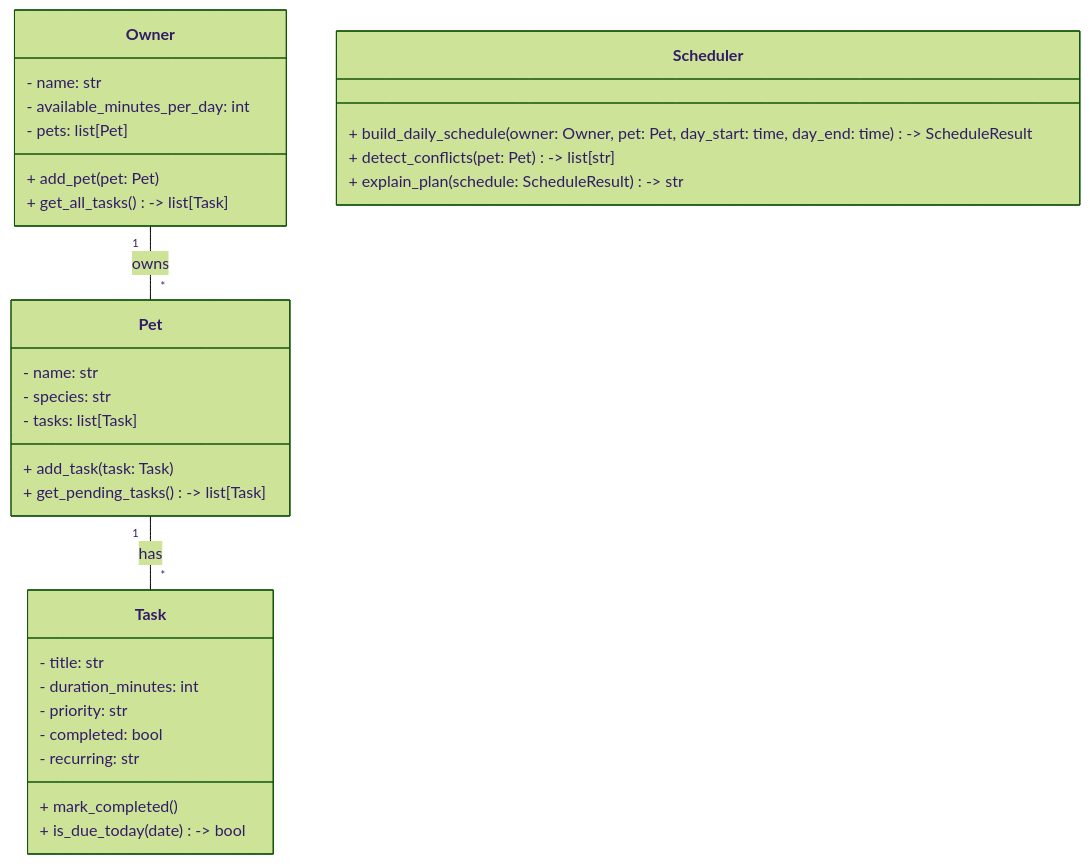
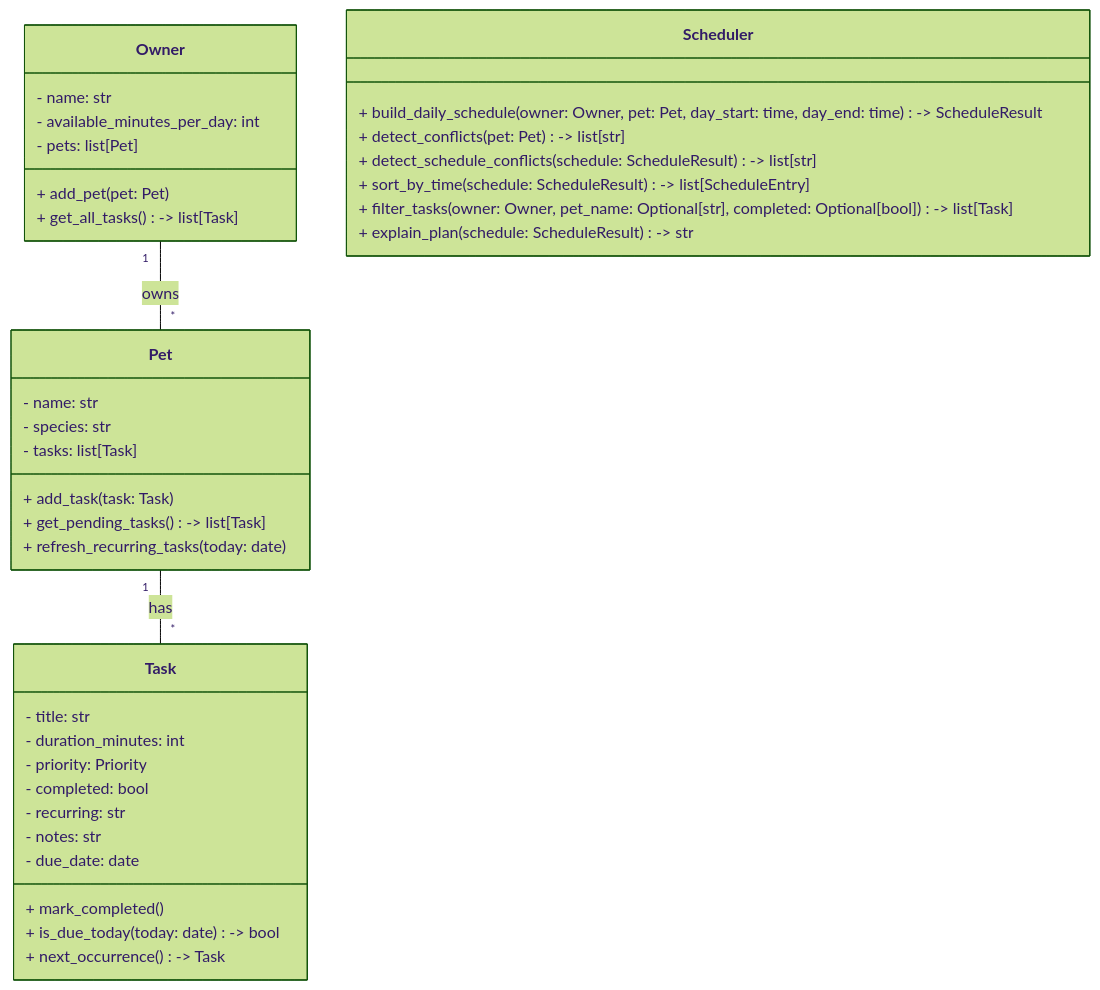
Before and after one commit to sergiobenab29/ai110-module2show-pawpal-starter: the diagram in reflection.md, drawn with Mermaid (forest theme). The commit also changed other lines of this file and 5 other files, not shown here.

````diff
--- a/reflection.md
+++ b/reflection.md
@@ -37,37 +37,44 @@
 ```mermaid
 classDiagram
     class Owner {
         - name: str
         - available_minutes_per_day: int
         - pets: list[Pet]
         + add_pet(pet: Pet)
         + get_all_tasks() -> list[Task]
     }
 
     class Pet {
         - name: str
         - species: str
         - tasks: list[Task]
         + add_task(task: Task)
         + get_pending_tasks() -> list[Task]
+        + refresh_recurring_tasks(today: date)
     }
 
     class Task {
         - title: str
         - duration_minutes: int
-        - priority: str
+        - priority: Priority
         - completed: bool
         - recurring: str
+        - notes: str
+        - due_date: date
         + mark_completed()
-        + is_due_today(date) -> bool
+        + is_due_today(today: date) -> bool
+        + next_occurrence() -> Task
     }
 
     class Scheduler {
         + build_daily_schedule(owner: Owner, pet: Pet, day_start: time, day_end: time) -> ScheduleResult
         + detect_conflicts(pet: Pet) -> list[str]
+        + detect_schedule_conflicts(schedule: ScheduleResult) -> list[str]
+        + sort_by_time(schedule: ScheduleResult) -> list[ScheduleEntry]
+        + filter_tasks(owner: Owner, pet_name: Optional[str], completed: Optional[bool]) -> list[Task]
         + explain_plan(schedule: ScheduleResult) -> str
     }
 
     Owner "1" -- "*" Pet : owns
     Pet "1" -- "*" Task : has
 ```
````
